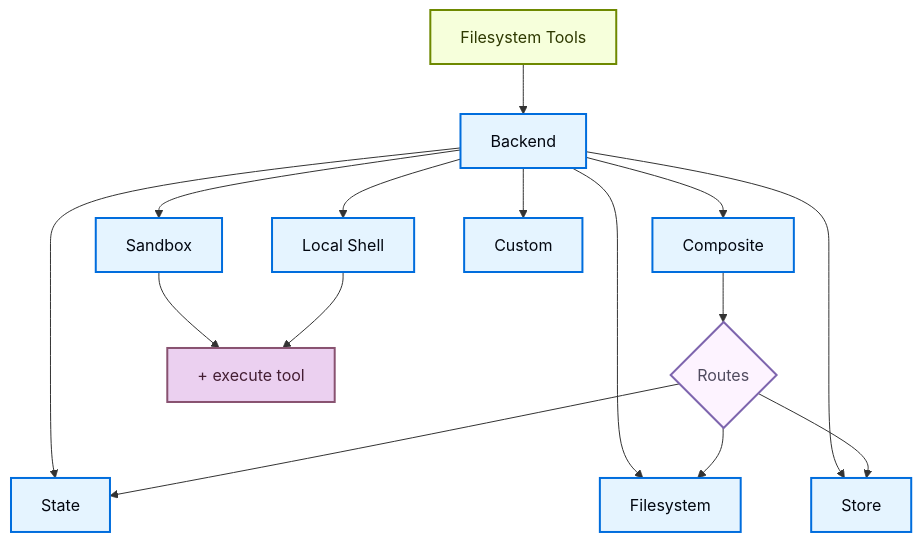
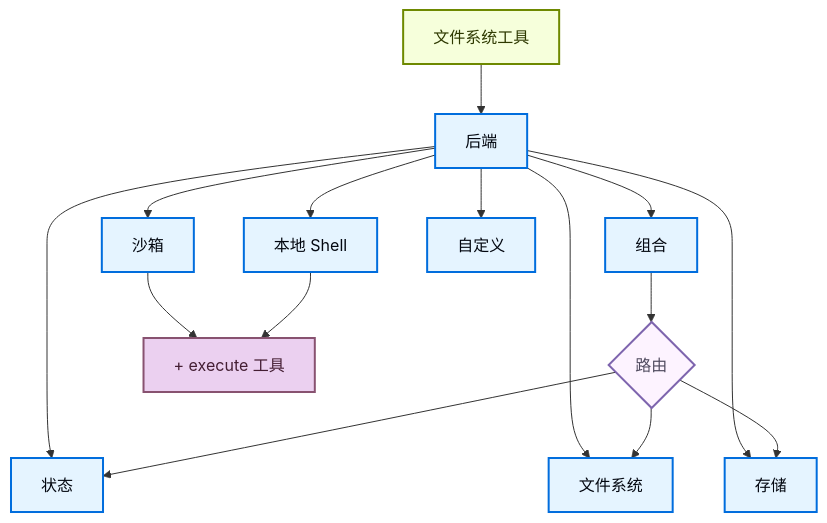
Before and after one commit to kunfan96/cndocs-langchain: the diagram in oss/javascript/deepagents/backends.mdx, drawn with Mermaid. The commit also changed other lines of this file and 2498 other files, not shown here.

````diff
--- a/oss/javascript/deepagents/backends.mdx
+++ b/oss/javascript/deepagents/backends.mdx
@@ -51,30 +46,30 @@
 ```mermaid
 graph TB
-    Tools[Filesystem Tools] --> Backend[Backend]
+    Tools[文件系统工具] --> Backend[后端]
 
-    Backend --> State[State]
-    Backend --> Disk[Filesystem]
-    Backend --> Store[Store]
-    Backend --> Sandbox[Sandbox]
-    Backend --> LocalShell[Local Shell]
-    Backend --> Composite[Composite]
-    Backend --> Custom[Custom]
+    Backend --> State[状态]
+    Backend --> Disk[文件系统]
+    Backend --> Store[存储]
+    Backend --> Sandbox[沙箱]
+    Backend --> LocalShell[本地 Shell]
+    Backend --> Composite[组合]
+    Backend --> Custom[自定义]
 
-    Composite --> Router{Routes}
+    Composite --> Router{路由}
     Router --> State
     Router --> Disk
     Router --> Store
 
-    Sandbox --> Execute["#43; execute tool"]
-    LocalShell --> Execute["#43; execute tool"]
+    Sandbox --> Execute["#43; execute 工具"]
+    LocalShell --> Execute["#43; execute 工具"]
 
     classDef trigger fill:#F6FFDB,stroke:#6E8900,stroke-width:2px,color:#2E3900
     classDef process fill:#E5F4FF,stroke:#006DDD,stroke-width:2px,color:#030710
     classDef decision fill:#FDF3FF,stroke:#7E65AE,stroke-width:2px,color:#504B5F
     classDef output fill:#EBD0F0,stroke:#885270,stroke-width:2px,color:#441E33
 
     class Tools trigger
     class Backend,State,Disk,Store,Sandbox,LocalShell,Composite,Custom process
     class Router decision
     class Execute output
 ```
````
